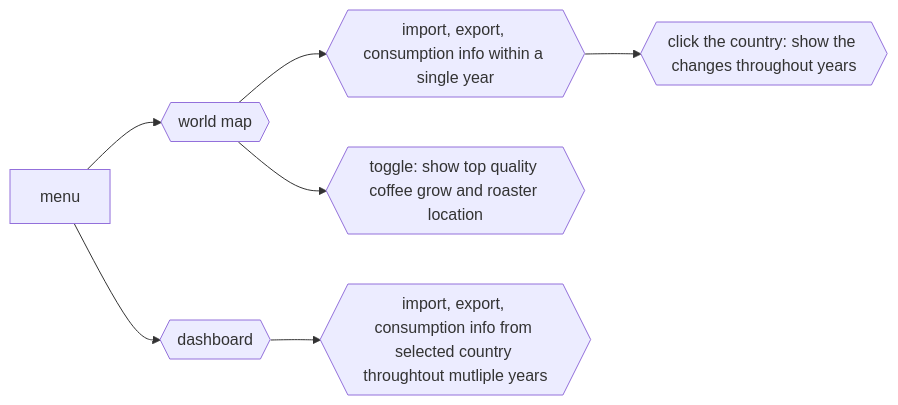
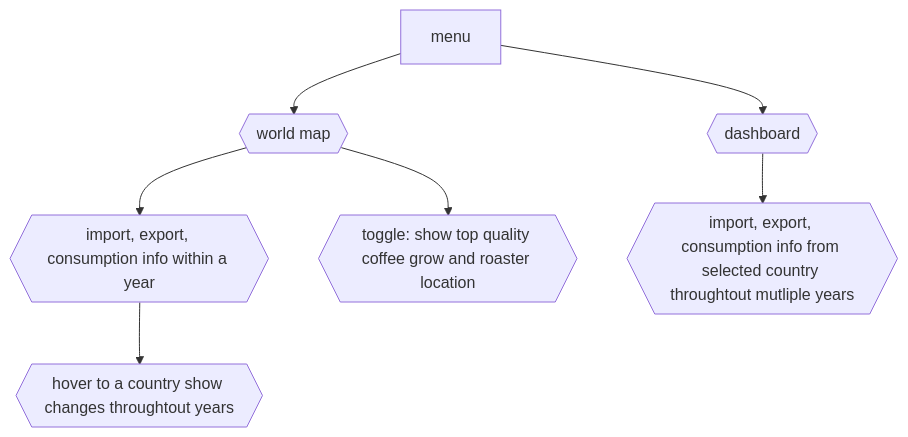
One commit to wingylui/Coffee_Trading changed the diagram in README.md. Above: the diagram before and after it, drawn with Mermaid. The commit also changed other lines of this file, not shown here.

````diff
--- a/README.md
+++ b/README.md
@@ -23,6 +23,6 @@
 ```mermaid
-flowchart LR
-menu --> id1{{world map}} --> sub1{{import, export, consumption info within a single year}} --> sub2{{click the country: show the changes throughout years}}
+flowchart TB
+menu --> id1{{world map}} --> sub1{{import, export, consumption info within a year}} --> sub2{{hover to a country show changes throughtout years}}
 id1{{world map}} --> sub3{{toggle: show top quality coffee grow and roaster location}}
 menu --> id2{{dashboard}} --> sub4{{import, export, consumption info from selected country throughtout mutliple years}}
 ```
````
